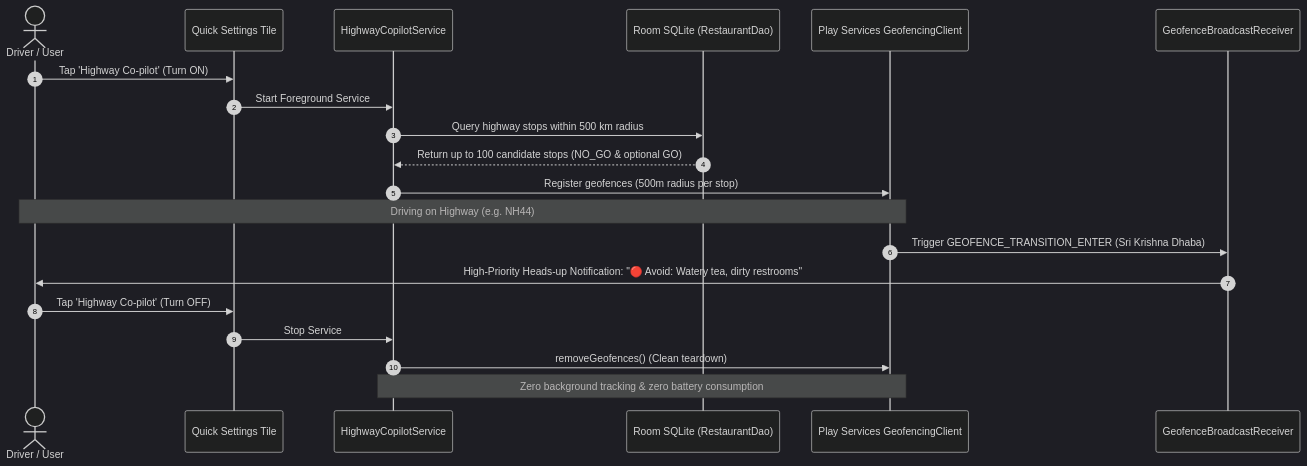
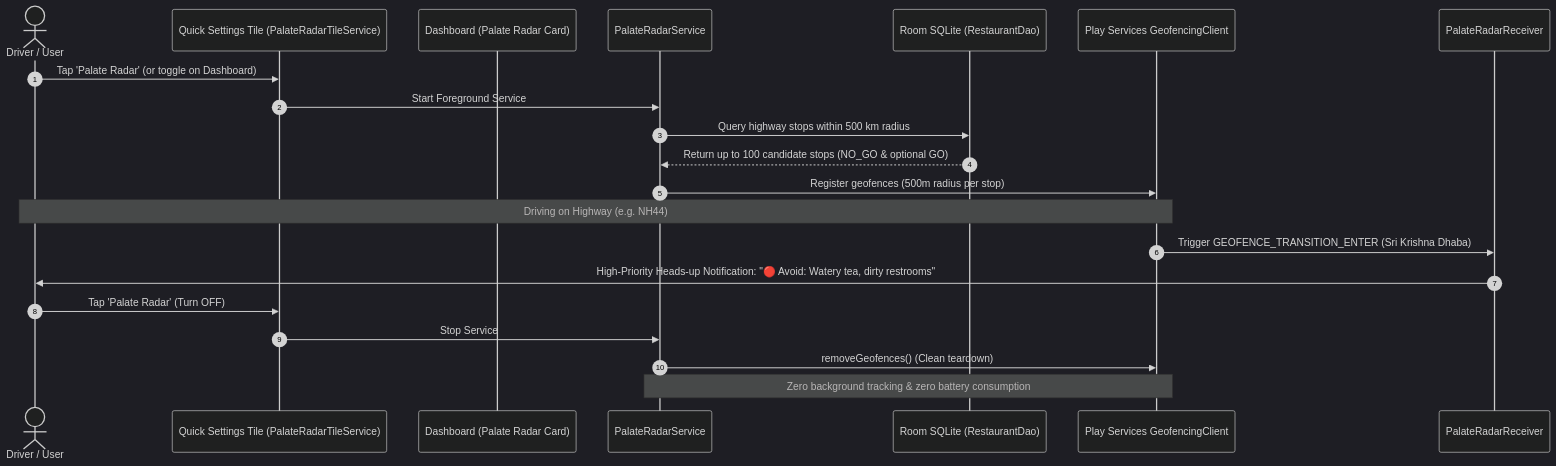
The sixth of 6 diagrams in doc/architecture_and_design.md (PrismPixelVertex/palatelog), drawn with Mermaid (dark theme) before and after one commit. The commit also changed other lines of this file and 21 other files, not shown here.

First line of the commit message:
feat(radar): implement Phase 3B Palate Radar dynamic geofencing highway alert system

````diff
--- a/doc/architecture_and_design.md
+++ b/doc/architecture_and_design.md
@@ -382,26 +382,27 @@
 ```mermaid
 sequenceDiagram
     autonumber
     actor User as Driver / User
-    participant QS as Quick Settings Tile
-    participant Copilot as HighwayCopilotService
+    participant QS as Quick Settings Tile (PalateRadarTileService)
+    participant UI as Dashboard (Palate Radar Card)
+    participant Radar as PalateRadarService
     participant Room as Room SQLite (RestaurantDao)
     participant Geo as Play Services GeofencingClient
-    participant Receiver as GeofenceBroadcastReceiver
+    participant Receiver as PalateRadarReceiver
 
-    User->>QS: Tap 'Highway Co-pilot' (Turn ON)
-    QS->>Copilot: Start Foreground Service
-    Copilot->>Room: Query highway stops within 500 km radius
-    Room-->>Copilot: Return up to 100 candidate stops (NO_GO & optional GO)
-    Copilot->>Geo: Register geofences (500m radius per stop)
+    User->>QS: Tap 'Palate Radar' (or toggle on Dashboard)
+    QS->>Radar: Start Foreground Service
+    Radar->>Room: Query highway stops within 500 km radius
+    Room-->>Radar: Return up to 100 candidate stops (NO_GO & optional GO)
+    Radar->>Geo: Register geofences (500m radius per stop)
     
     Note over User,Geo: Driving on Highway (e.g. NH44)
     
     Geo->>Receiver: Trigger GEOFENCE_TRANSITION_ENTER (Sri Krishna Dhaba)
     Receiver->>User: High-Priority Heads-up Notification: "🔴 Avoid: Watery tea, dirty restrooms"
     
-    User->>QS: Tap 'Highway Co-pilot' (Turn OFF)
-    QS->>Copilot: Stop Service
-    Copilot->>Geo: removeGeofences() (Clean teardown)
-    Note over Copilot,Geo: Zero background tracking & zero battery consumption
+    User->>QS: Tap 'Palate Radar' (Turn OFF)
+    QS->>Radar: Stop Service
+    Radar->>Geo: removeGeofences() (Clean teardown)
+    Note over Radar,Geo: Zero background tracking & zero battery consumption
 ```
````
